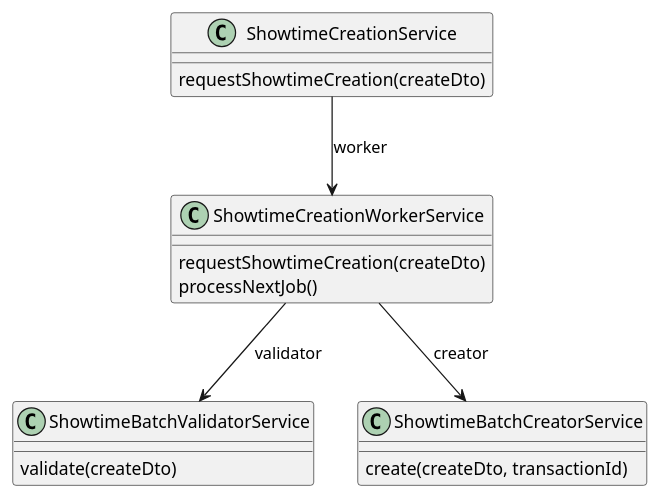
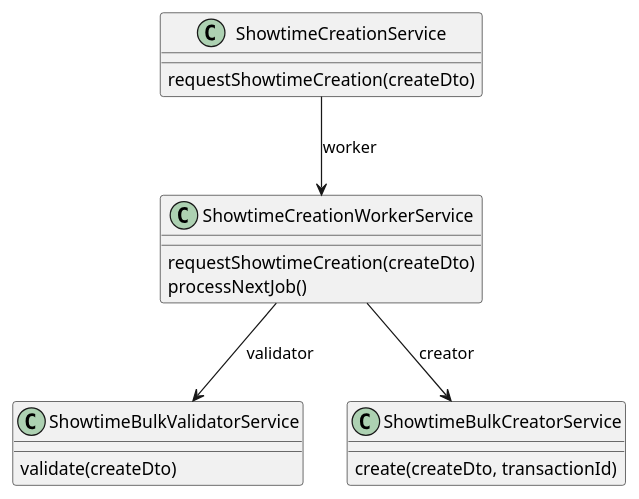
The eighth of 16 diagrams in _posts/2025-06-01-backend-design-3.md (mannercode/mannercode.github.io), drawn with PlantUML before and after one commit. The commit also changed other lines of this file and 122 other files, not shown here.

First line of the commit message:
Add UML diagrams for Showtime Creation workflow

```diff
--- a/_posts/2025-06-01-backend-design-3.md
+++ b/_posts/2025-06-01-backend-design-3.md
@@ -484,25 +501,25 @@
 {% plantuml %}
 @startuml
 class ShowtimeCreationService {
     requestShowtimeCreation(createDto)
 }
 
 class ShowtimeCreationWorkerService {
      requestShowtimeCreation(createDto)
      processNextJob()
 }
 
-class ShowtimeBatchValidatorService {
+class ShowtimeBulkValidatorService {
      validate(createDto)
 }
 
-class ShowtimeBatchCreatorService {
+class ShowtimeBulkCreatorService {
      create(createDto, transactionId)
 }
 
 ShowtimeCreationService --> ShowtimeCreationWorkerService : worker
-ShowtimeCreationWorkerService --> ShowtimeBatchValidatorService : validator
-ShowtimeCreationWorkerService --> ShowtimeBatchCreatorService : creator
+ShowtimeCreationWorkerService --> ShowtimeBulkValidatorService : validator
+ShowtimeCreationWorkerService --> ShowtimeBulkCreatorService : creator
 
 @enduml
 {% endplantuml %}
```
